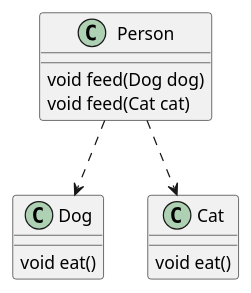
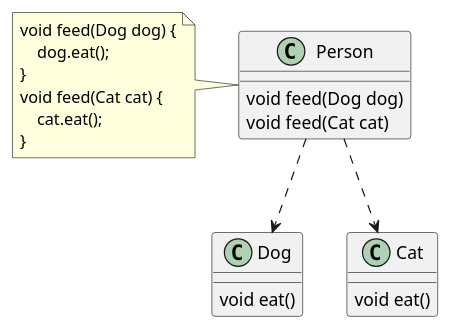
The diagram in doc/UML/principle/依赖倒转原则反例.puml (Drintau/StudyRepository), drawn with PlantUML before and after one commit. The commit also changed 12 other files, not shown here.

```diff
--- a/doc/UML/principle/依赖倒转原则反例.puml
+++ b/doc/UML/principle/依赖倒转原则反例.puml
@@ -1,17 +1,27 @@
 @startuml
 
 class Person{
     void feed(Dog dog)
     void feed(Cat cat)
 }
+note left
+void feed(Dog dog) {
+    dog.eat();
+}
+void feed(Cat cat) {
+    cat.eat();
+}
+end note
+
 class Dog{
     void eat()
 }
+
 class Cat{
     void eat()
 }
 
 Person ..> Dog
 Person ..> Cat
 
 @enduml
```
